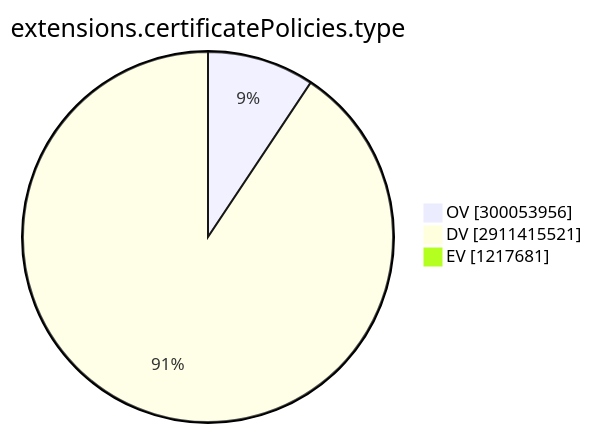
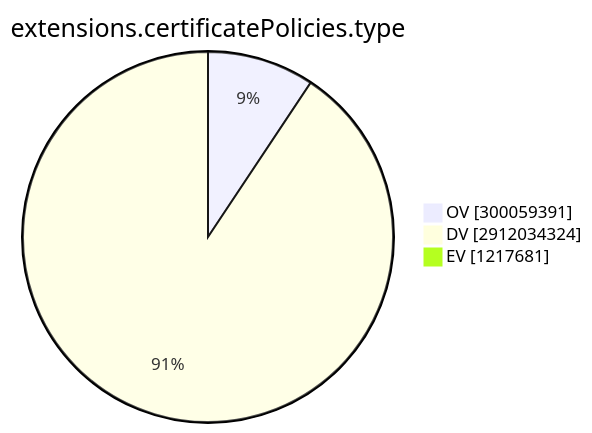
Before and after one commit to christiankrug/ctmonitor_visualization: the ninth of 15 diagrams in TOTAL/README.md, drawn with Mermaid. The commit also changed other lines of this file, not shown here.

````diff
--- a/TOTAL/README.md
+++ b/TOTAL/README.md
@@ -3101,7 +3101,7 @@
 ```mermaid
 pie showData
 title extensions.certificatePolicies.type
-"OV" :300053956
-"DV" :2911415521
+"OV" :300059391
+"DV" :2912034324
 "EV" :1217681
 ```
````
